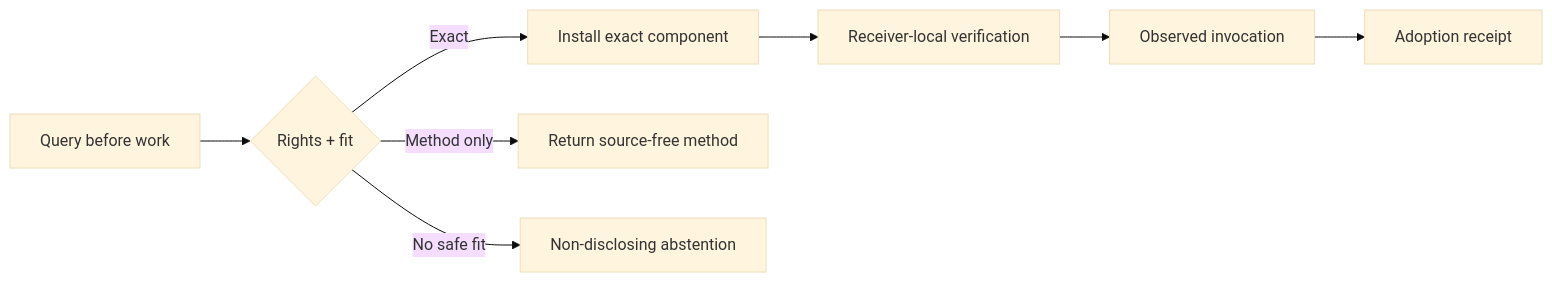
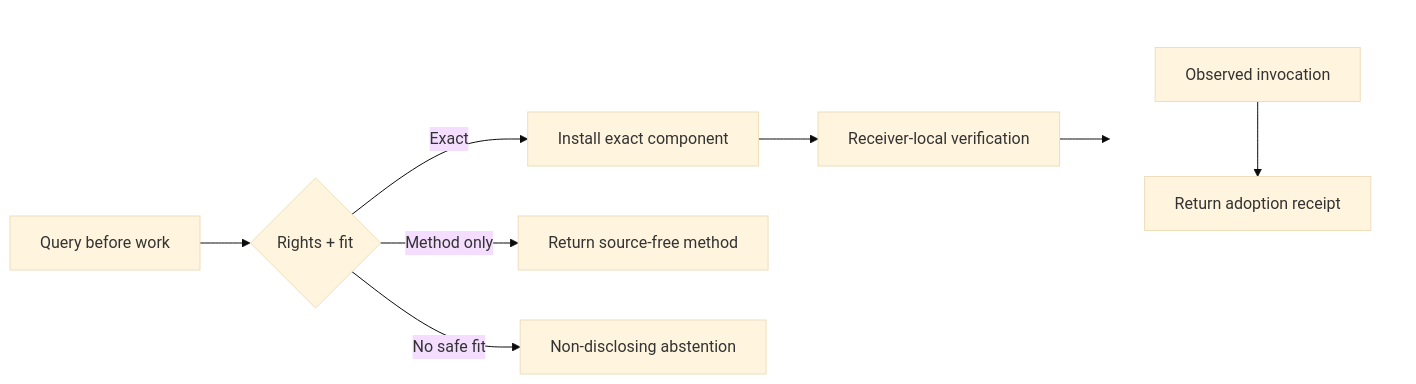
Before and after one commit to Univeracity/limitlesslibrary: the diagram in README.md, drawn with Mermaid (base theme).

Commit message:
README update

````diff
--- a/README.md
+++ b/README.md
@@ -40,10 +40,14 @@
 ```mermaid
 flowchart LR
     Q["Query before work"] --> G{"Rights + fit"}
     G -->|Exact| C["Install exact component"]
     G -->|Method only| M["Return source-free method"]
     G -->|No safe fit| A["Non-disclosing abstention"]
     C --> V["Receiver-local verification"]
-    V --> U["Observed invocation"]
-    U --> R["Adoption receipt"]
+    subgraph P[" "]
+        direction TB
+        U["Observed invocation"] --> R["Return adoption receipt"]
+    end
+    V --> P
+    style P fill:transparent,stroke:transparent
 ```
````
